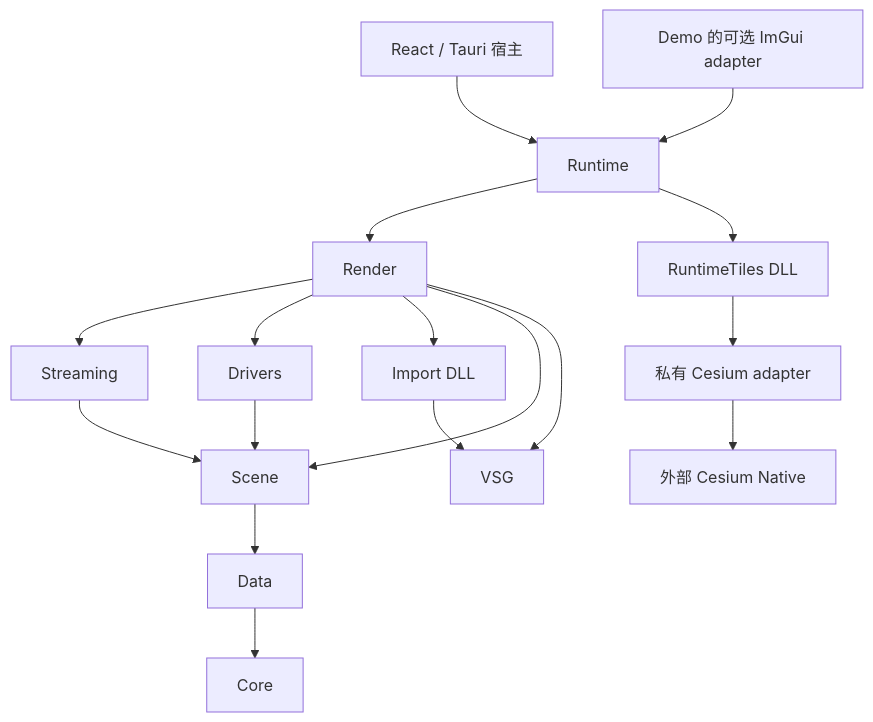
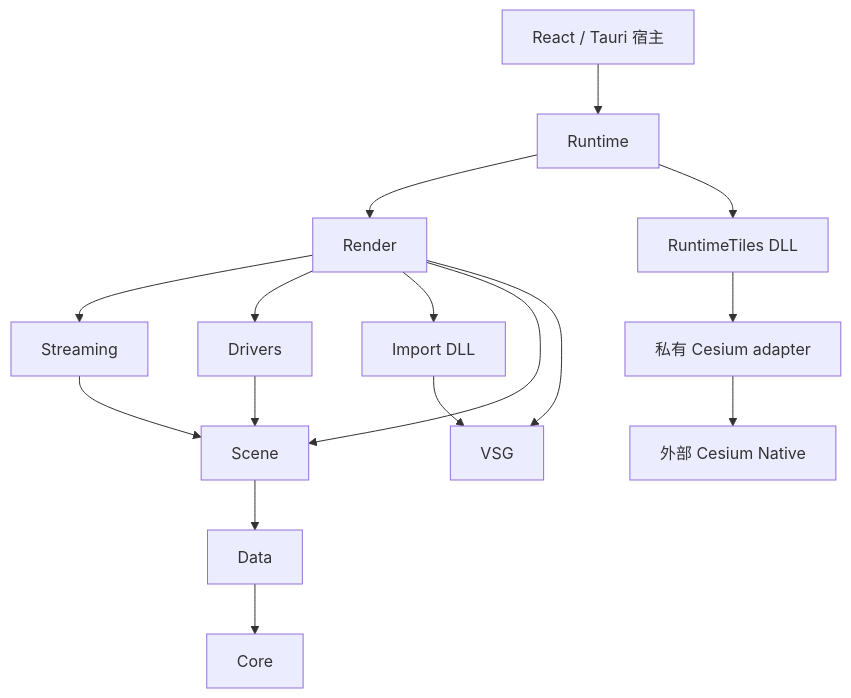
The diagram in docs/design/SDK架构与迁移.md (XiaoYang943/rocky), drawn with Mermaid before and after one commit. The commit also changed other lines of this file and 10 other files, not shown here.

````diff
--- a/docs/design/SDK架构与迁移.md
+++ b/docs/design/SDK架构与迁移.md
@@ -7,19 +7,18 @@
 ```mermaid
 graph TD
     Host[React / Tauri 宿主] --> Runtime
-    Demo[Demo 的可选 ImGui adapter] --> Runtime
     Runtime --> Render
     Runtime --> RuntimeTiles[RuntimeTiles DLL]
     Render --> Streaming
     Render --> Drivers
     Render --> Import[Import DLL]
     Render --> Scene
     Streaming --> Scene
     Drivers --> Scene
     Scene --> Data
     Data --> Core
     RuntimeTiles --> CesiumAdapter[私有 Cesium adapter]
     CesiumAdapter --> Cesium[外部 Cesium Native]
     Import --> VSG
     Render --> VSG
 ```
````
